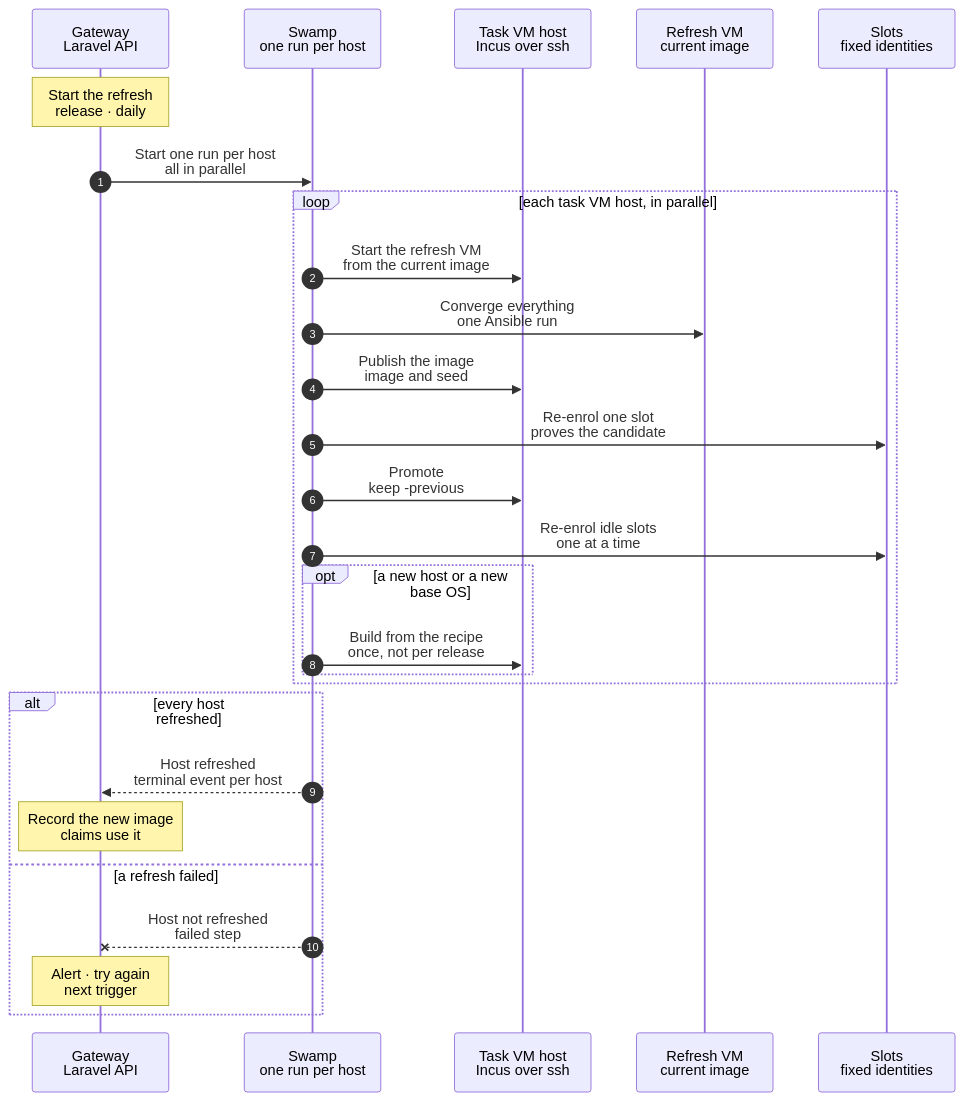
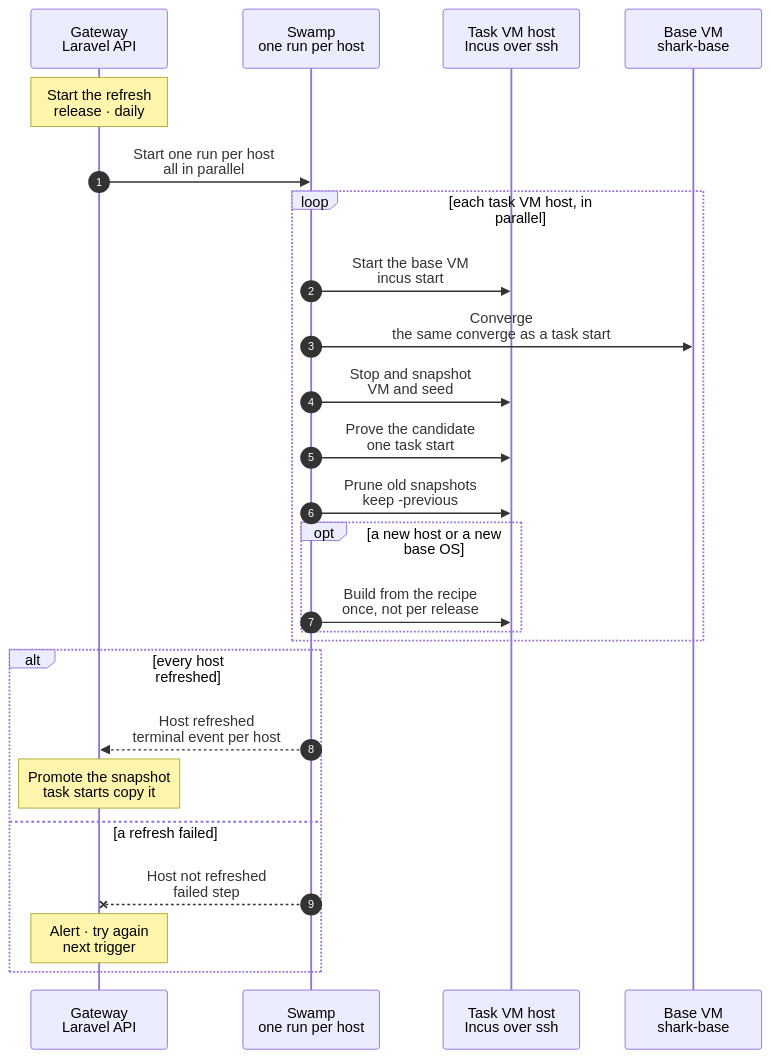
The diagram in docs/reference/pipeline/6-task-image-seed-refresh.mmd (hardimpactdev/orbit), drawn with Mermaid before and after one commit. The commit also changed 88 other files, not shown here.

First line of the commit message:
Task start copies the base VM snapshot with a slot identity

```diff
--- a/docs/reference/pipeline/6-task-image-seed-refresh.mmd
+++ b/docs/reference/pipeline/6-task-image-seed-refresh.mmd
@@ -1,60 +1,55 @@
 sequenceDiagram
-  %% Target design (Nick 2026-11-07): stage 6 of the command development pipeline. When a release changed playbooks, pins or lock files, and once a day, every task VM host bakes its next image from its current one: one VM, one Ansible run that converges everything, then the image and its seed are published. Idle slots then re-enrol from it with their fixed identities. Nothing is copied between hosts. The per-host run: docs/cli/tasks/vm-image-refresh.mmd.
+  %% Target design (agreed with Nick, 2026-11-07): stage 6 of the command development pipeline. Each task VM host keeps one stopped base VM that never gets an identity; its ZFS snapshot is the base a task start copies. After a release, and once a day, every host starts its base VM, converges it as a task start would, stops it and snapshots it; the snapshot is proven with one task start and the Gateway promotes it. There is no Incus image and no publish. Nothing is copied between hosts. The per-host run: docs/cli/tasks/vm-image-refresh.mmd.
   %% status: draft
   %% command: development pipeline stage 6 · per-host task image and seed refresh
   %% kind: pipeline.6-task-image-seed-refresh
   autonumber
   %% lane GW icon=gateway pill=intent tone=blue
   %% lane SW icon=workflow pill=executes tone=green
   %% lane H icon=server pill=each host tone=amber
-  %% lane VM icon=server pill=refresh VM tone=gray
-  %% lane SL icon=server pill=slots tone=purple
+  %% lane VM icon=server pill=base VM tone=gray
   participant GW as Gateway<br/>Laravel API
   participant SW as Swamp<br/>one run per host
   participant H as Task VM host<br/>Incus over ssh
-  participant VM as Refresh VM<br/>current image
-  participant SL as Slots<br/>fixed identities
+  participant VM as Base VM<br/>shark-base
   Note over GW: Start the refresh<br/>release · daily
   %%> Triggers:
-  %%> - a release whose commit changed what the image carries: the playbooks (`swamp/ansible`), the pins (`apps/gateway/resources/machine-software`) and the lock files (`TaskVmImageInputs`); a code-only release needs none, because a slot fetches its task branch
+  %%> - a release whose commit changed what the image carries: the playbooks (`swamp/ansible`), the pins (`apps/gateway/resources/machine-software`) and the lock files (`TaskVmImageInputs`); a code-only release needs none, because a task start converges to its own commit
   %%> - a daily Schedule; it only dispatches the admission
   %%> - a host with a refresh open returns it
   GW->>SW: Start one run per host<br/>all in parallel
   %%> Why:
   %%> - each host bakes its own image and seed; copying them between hosts is not a supported flow
   loop each task VM host, in parallel
-    SW->>H: Start the refresh VM<br/>from the current image
-    SW->>VM: Converge everything<br/>one Ansible run
+    SW->>H: Start the base VM<br/>incus start
+    SW->>VM: Converge<br/>the same converge as a task start
     %%> What it does:
-    %%> - outer VM: packages, tools, Swamp, orbit-agent, the Pi server, sshd and UFW at the release's pins
-    %%> - the warm checkout: main at the release commit, with `vendor/` and `node_modules/`
-    %%> - each container: its role phases, the checkout device, migrations, services running; then a new `base` snapshot of each
-    SW->>H: Publish the image<br/>image and seed
+    %%> - outer VM: packages, tools, Swamp, orbit-agent, the Pi server, sshd and UFW at the release's pins; each part runs only when its digest changed
+    %%> - the warm checkout: main at the release commit, installs only where a lock file changed
+    %%> - each container: migrations and restarts only when the code changed; no wait for nested services and no identity wipe
+    SW->>H: Stop and snapshot<br/>VM and seed
     %%> What it does:
-    %%> - stops the refresh VM, publishes it as the candidate image and its container disk as the candidate's seed; the refresh VM is deleted
-    SW->>SL: Re-enrol one slot<br/>proves the candidate
+    %%> - stops the base VM and snapshots it and its seed volume; ZFS snapshots, about 1 s
+    SW->>H: Prove the candidate<br/>one task start
     %%> What it does:
-    %%> - rebuilds the first idle slot from the candidate with its fixed identity, takes its `clean` snapshot and runs the claim's ready check; it proves exactly what a claim gets
-    SW->>H: Promote<br/>keep -previous
+    %%> - steps 2 to 4 of a task start from the new snapshot with a free slot identity, then its release
+    SW->>H: Prune old snapshots<br/>keep -previous
     %%> What it does:
-    %%> - the alias moves to the candidate, the old image keeps `-previous` for rollback, and older images are removed
-    SW->>SL: Re-enrol idle slots<br/>one at a time
-    %%> What it does:
-    %%> - each other idle slot re-enrols from the new image; a claimed slot re-enrols when it is released
+    %%> - keeps the new snapshot and the one before it; removes older ones
     opt a new host or a new base OS
       SW->>H: Build from the recipe<br/>once, not per release
       %%> What it does:
-      %%> - builds the first image from the stock image (`task_vm.image_build`); every later release only refreshes it
+      %%> - builds the first image from the stock image (`task_vm.image_build`); the first refresh makes the base VM from it once
     end
   end
   alt every host refreshed
     SW-->>GW: Host refreshed<br/>terminal event per host
-    Note over GW: Record the new image<br/>claims use it
+    Note over GW: Promote the snapshot<br/>task starts copy it
     %%> Result:
-    %%> - target about 3 min per host; one slow host does not hold the others
+    %%> - target about 25 s per host for a no-op refresh before the proof; one slow host does not hold the others
   else a refresh failed
     SW--xGW: Host not refreshed<br/>failed step
     Note over GW: Alert · try again<br/>next trigger
     %%> Result:
-    %%> - the host keeps its image; the refresh VM and the candidate are removed, and the proving slot re-enrols from the current image
+    %%> - the base VM is rolled back to the recorded snapshot and the run's snapshot removed; the identity that proved it is released
   end
```
